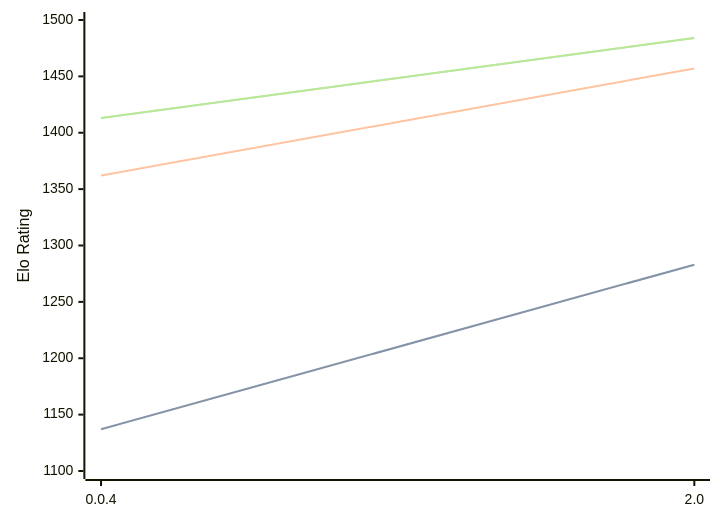
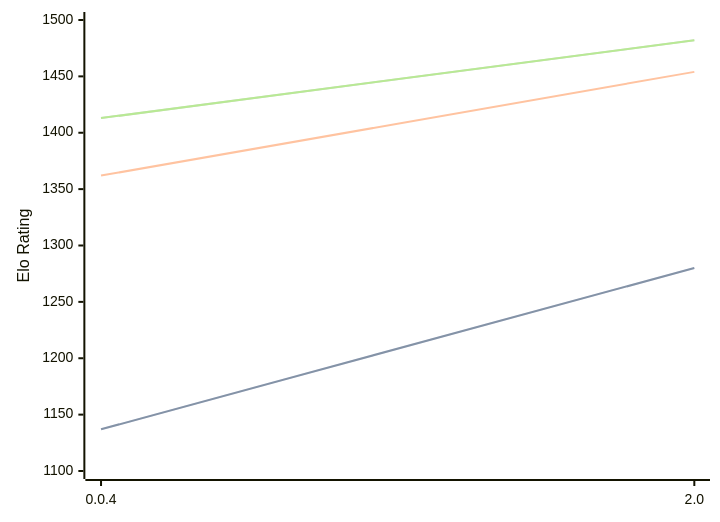
Before and after one commit to computer-chess-index/cci: the diagram in engines/Oops!Mate.md, drawn with Mermaid. The commit also changed other lines of this file, not shown here.

Commit message:
Update CCI Ratings (ELO VLTC) - 2026-08-27

````diff
--- a/engines/Oops!Mate.md
+++ b/engines/Oops!Mate.md
@@ -33,11 +33,11 @@
 ```mermaid
 %%{init: {"theme":"base","themeVariables":{"seriesColors:['#a3a3a3','#222221','#faa371']}}}%%
 xychart-beta
   x-axis ["0.0.4", "2.0"]
   y-axis "Elo Rating" 1100 --> 1500
-  line "STC (8.0+0.08s)" [1137, 1283]
-  line "STC (8.0+0.08s)" [1137, 1283]
-  line "LTC (60.0+0.60s)" [1362, 1457]
-  line "VLTC (2m24s+1.12s)" [1413, 1484]
-  line "VLTC (2m24s+1.12s)" [1413, 1484]
+  line "STC (8.0+0.08s)" [1137, 1280]
+  line "STC (8.0+0.08s)" [1137, 1280]
+  line "LTC (60.0+0.60s)" [1362, 1454]
+  line "VLTC (2m24s+1.12s)" [1413, 1482]
+  line "VLTC (2m24s+1.12s)" [1413, 1482]
 ```
````
